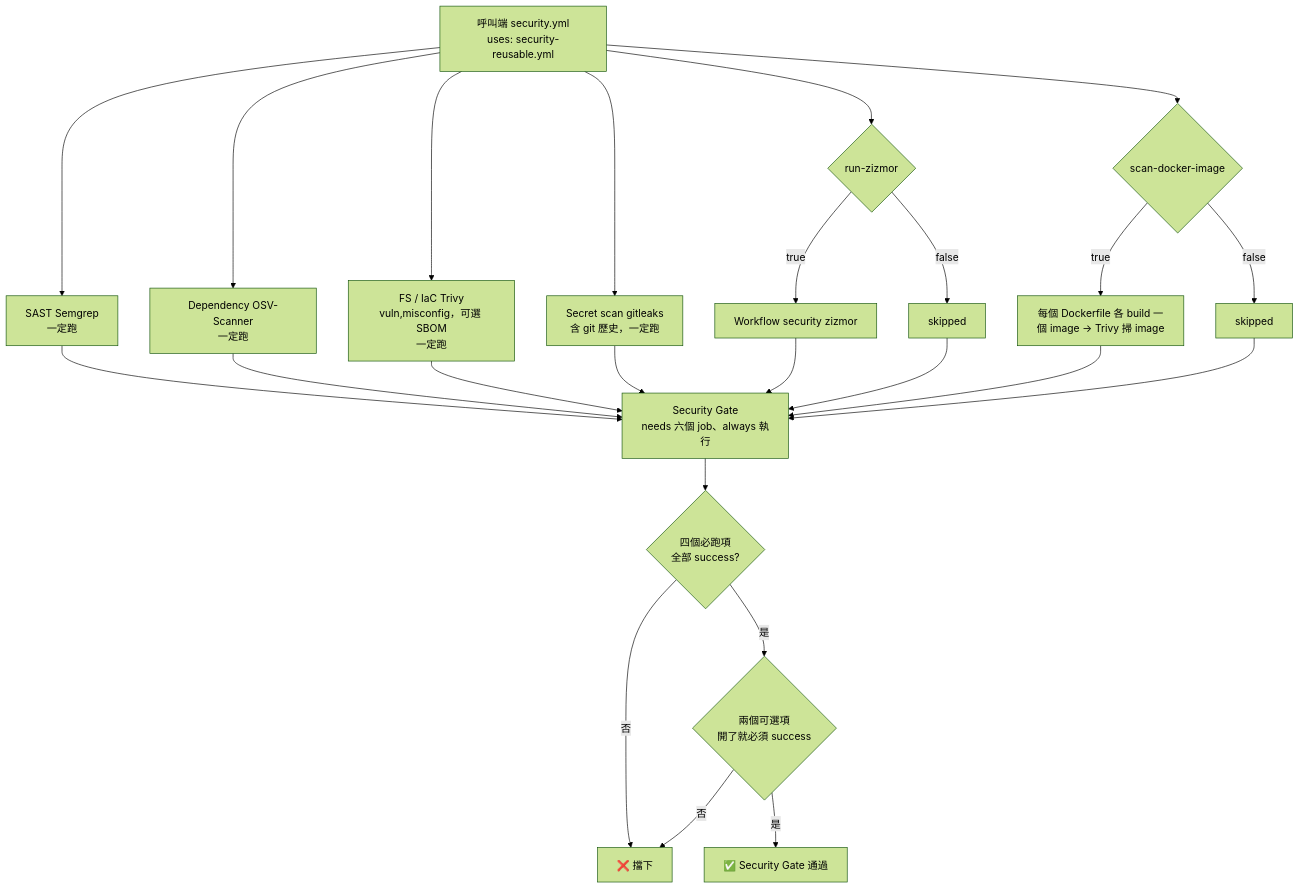
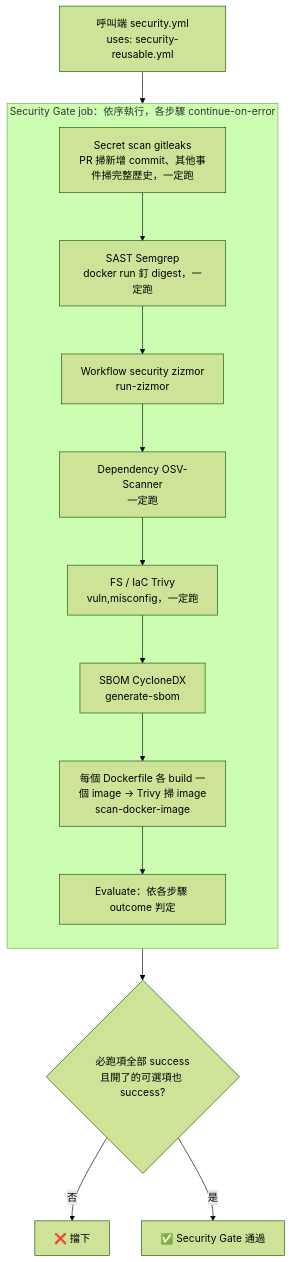
Before and after one commit to singi0771/ci-standards: the third of 3 diagrams in docs/FLOW.md, drawn with Mermaid (forest theme). The commit also changed other lines of this file and 15 other files, not shown here.

First line of the commit message:
feat: CI、Security 各合併為一個 job，新增 Actions 分鐘數說明與導入預估

````diff
--- a/docs/FLOW.md
+++ b/docs/FLOW.md
@@ -127,29 +117,20 @@
 ```mermaid
 flowchart TD
-    CALL[呼叫端 security.yml<br/>uses: security-reusable.yml] --> A[SAST Semgrep<br/>一定跑]
-    CALL --> B[Dependency OSV-Scanner<br/>一定跑]
-    CALL --> C[FS / IaC Trivy<br/>vuln,misconfig，可選 SBOM<br/>一定跑]
-    CALL --> E[Secret scan gitleaks<br/>含 git 歷史，一定跑]
-    CALL --> F{run-zizmor}
-    CALL --> H{scan-docker-image}
+    CALL[呼叫端 security.yml<br/>uses: security-reusable.yml] --> GATE
 
-    F -->|true| FJ[Workflow security zizmor]
-    F -->|false| FS[skipped]
-    H -->|true| HJ[每個 Dockerfile 各 build 一個 image → Trivy 掃 image]
-    H -->|false| HS[skipped]
+    subgraph GATE[Security Gate job：依序執行，各步驟 continue-on-error]
+        direction TB
+        E[Secret scan gitleaks<br/>PR 掃新增 commit、其他事件掃完整歷史，一定跑] --> A
+        A[SAST Semgrep<br/>docker run 釘 digest，一定跑] --> F
+        F[Workflow security zizmor<br/>run-zizmor] --> B
+        B[Dependency OSV-Scanner<br/>一定跑] --> C
+        C[FS / IaC Trivy<br/>vuln,misconfig，一定跑] --> SB
+        SB[SBOM CycloneDX<br/>generate-sbom] --> H
+        H[每個 Dockerfile 各 build 一個 image → Trivy 掃 image<br/>scan-docker-image] --> EV
+        EV[Evaluate：依各步驟 outcome 判定]
+    end
 
-    A --> G[Security Gate<br/>needs 六個 job、always 執行]
-    B --> G
-    C --> G
-    E --> G
-    FJ --> G
-    FS --> G
-    HJ --> G
-    HS --> G
-
-    G --> R1{四個必跑項<br/>全部 success?}
+    EV --> R1{必跑項全部 success<br/>且開了的可選項也 success?}
     R1 -->|否| NG[❌ 擋下]
-    R1 -->|是| R2{兩個可選項<br/>開了就必須 success}
-    R2 -->|否| NG
-    R2 -->|是| OK[✅ Security Gate 通過]
+    R1 -->|是| OK[✅ Security Gate 通過]
 ```
````
